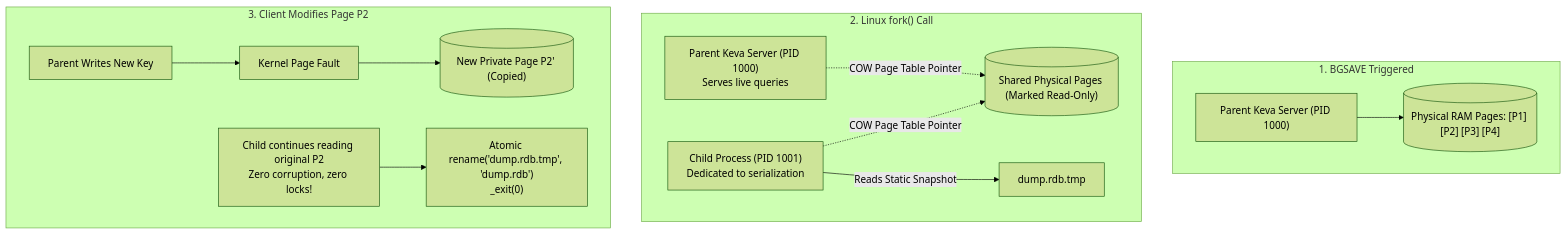
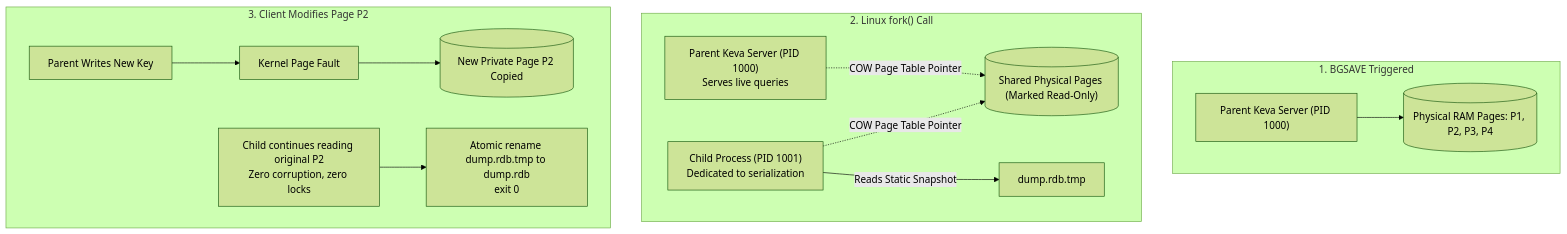
Before and after one commit to tusharkkp/Keva-DB: the third of 3 diagrams in README.md, drawn with Mermaid (forest theme). The commit also changed other lines of this file and 2 other files, not shown here.

Commit message:
fix(docs): add official Keva DB logo and fix Mermaid sequence diagram syntax

````diff
--- a/README.md
+++ b/README.md
@@ -224,26 +226,26 @@
 ```mermaid
 graph TD
     subgraph Step1["1. BGSAVE Triggered"]
         P1["Parent Keva Server (PID 1000)"]
-        RAM1[("Physical RAM Pages: [P1] [P2] [P3] [P4]")]
+        RAM1[("Physical RAM Pages: P1, P2, P3, P4")]
         P1 --> RAM1
     end
 
     subgraph Step2["2. Linux fork() Call"]
-        P2["Parent Keva Server (PID 1000)<br>Serves live queries"]
-        C2["Child Process (PID 1001)<br>Dedicated to serialization"]
+        P2["Parent Keva Server (PID 1000)<br/>Serves live queries"]
+        C2["Child Process (PID 1001)<br/>Dedicated to serialization"]
         RAM2[("Shared Physical Pages (Marked Read-Only)")]
         P2 -.->|COW Page Table Pointer| RAM2
         C2 -.->|COW Page Table Pointer| RAM2
         C2 -->|Reads Static Snapshot| TMP["dump.rdb.tmp"]
     end
 
     subgraph Step3["3. Client Modifies Page P2"]
         P3["Parent Writes New Key"]
         FAULT["Kernel Page Fault"]
-        NEWPAGE[("New Private Page P2' (Copied)")]
+        NEWPAGE[("New Private Page P2 Copied")]
         P3 --> FAULT --> NEWPAGE
-        C3["Child continues reading original P2<br>Zero corruption, zero locks!"]
-        C3 --> FINISH["Atomic rename('dump.rdb.tmp', 'dump.rdb')<br>_exit(0)"]
+        C3["Child continues reading original P2<br/>Zero corruption, zero locks"]
+        C3 --> FINISH["Atomic rename dump.rdb.tmp to dump.rdb<br/>exit 0"]
     end
 ```
````
